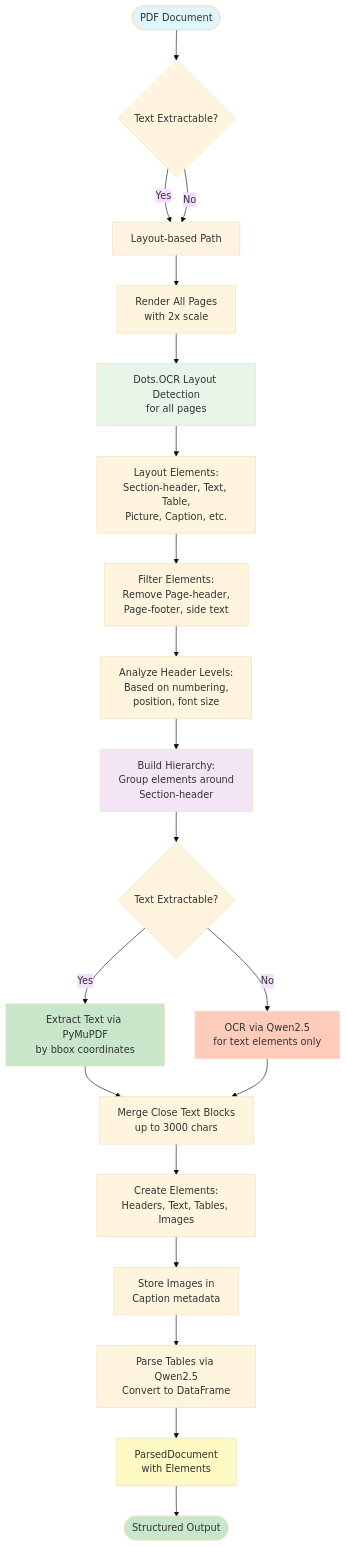
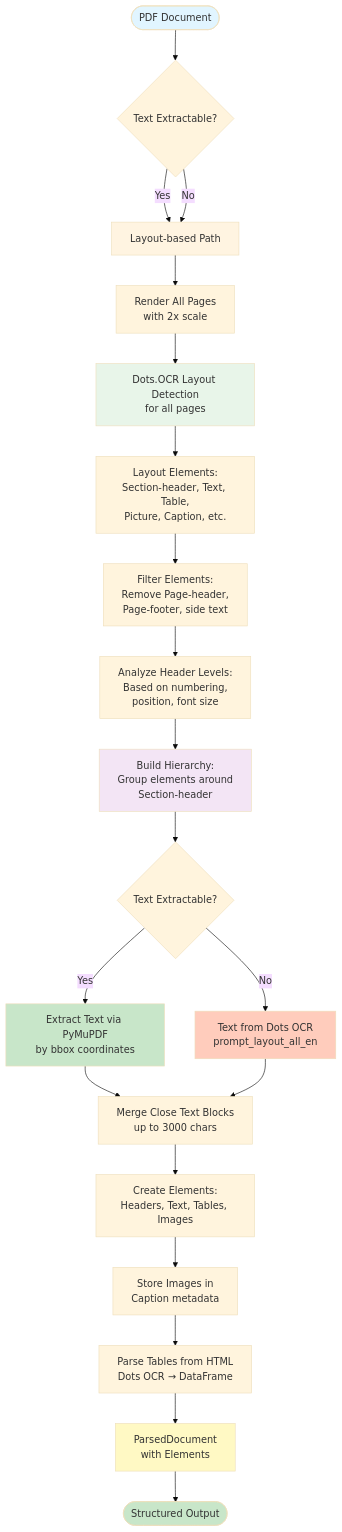
One commit to aimclub/documentor changed the first of 2 diagrams in docs/PDF_PARSER.md. Above: the diagram before and after it, drawn with Mermaid (base theme). The commit also changed other lines of this file and 47 other files, not shown here.

Commit message:
Remove all Qwen references from documentor package and improve DOCX parser

````diff
--- a/docs/PDF_PARSER.md
+++ b/docs/PDF_PARSER.md
@@ -11,46 +15,46 @@
 ```mermaid
 graph TB
     Start([PDF Document]) --> CheckText{Text Extractable?}
     
     CheckText -->|Yes| LayoutPath[Layout-based Path]
     CheckText -->|No| LayoutPath
     
     LayoutPath --> Render[Render All Pages<br/>with 2x scale]
     
     Render --> LayoutDetect[Dots.OCR Layout Detection<br/>for all pages]
     
     LayoutDetect --> LayoutElements[Layout Elements:<br/>Section-header, Text, Table,<br/>Picture, Caption, etc.]
     
     LayoutElements --> Filter[Filter Elements:<br/>Remove Page-header,<br/>Page-footer, side text]
     
     Filter --> AnalyzeHeaders[Analyze Header Levels:<br/>Based on numbering,<br/>position, font size]
     
     AnalyzeHeaders --> BuildHierarchy[Build Hierarchy:<br/>Group elements around<br/>Section-header]
     
     BuildHierarchy --> ExtractText{Text Extractable?}
     
     ExtractText -->|Yes| PyMuPDF[Extract Text via PyMuPDF<br/>by bbox coordinates]
-    ExtractText -->|No| QwenOCR[OCR via Qwen2.5<br/>for text elements only]
+    ExtractText -->|No| DotsOCRText[Text from Dots OCR<br/>prompt_layout_all_en]
     
     PyMuPDF --> MergeText[Merge Close Text Blocks<br/>up to 3000 chars]
-    QwenOCR --> MergeText
+    DotsOCRText --> MergeText
     
     MergeText --> CreateElements[Create Elements:<br/>Headers, Text, Tables, Images]
     
     CreateElements --> StoreImages[Store Images in<br/>Caption metadata]
     
-    StoreImages --> ParseTables[Parse Tables via Qwen2.5<br/>Convert to DataFrame]
+    StoreImages --> ParseTables[Parse Tables from HTML<br/>Dots OCR → DataFrame]
     
     ParseTables --> ParsedDoc[ParsedDocument<br/>with Elements]
     
     ParsedDoc --> Output([Structured Output])
     
     style Start fill:#e1f5ff
     style LayoutPath fill:#fff4e1
     style LayoutDetect fill:#e8f5e9
     style BuildHierarchy fill:#f3e5f5
     style PyMuPDF fill:#c8e6c9
-    style QwenOCR fill:#ffccbc
+    style DotsOCRText fill:#ffccbc
     style ParsedDoc fill:#fff9c4
     style Output fill:#c8e6c9
 ```
````
